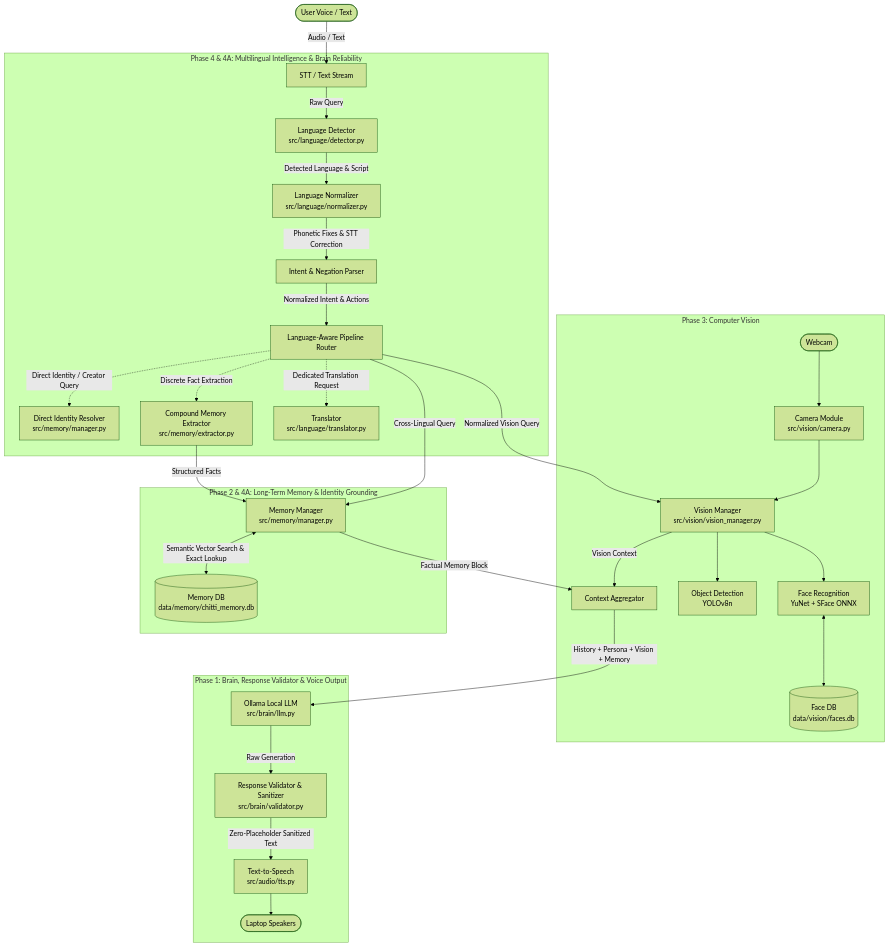
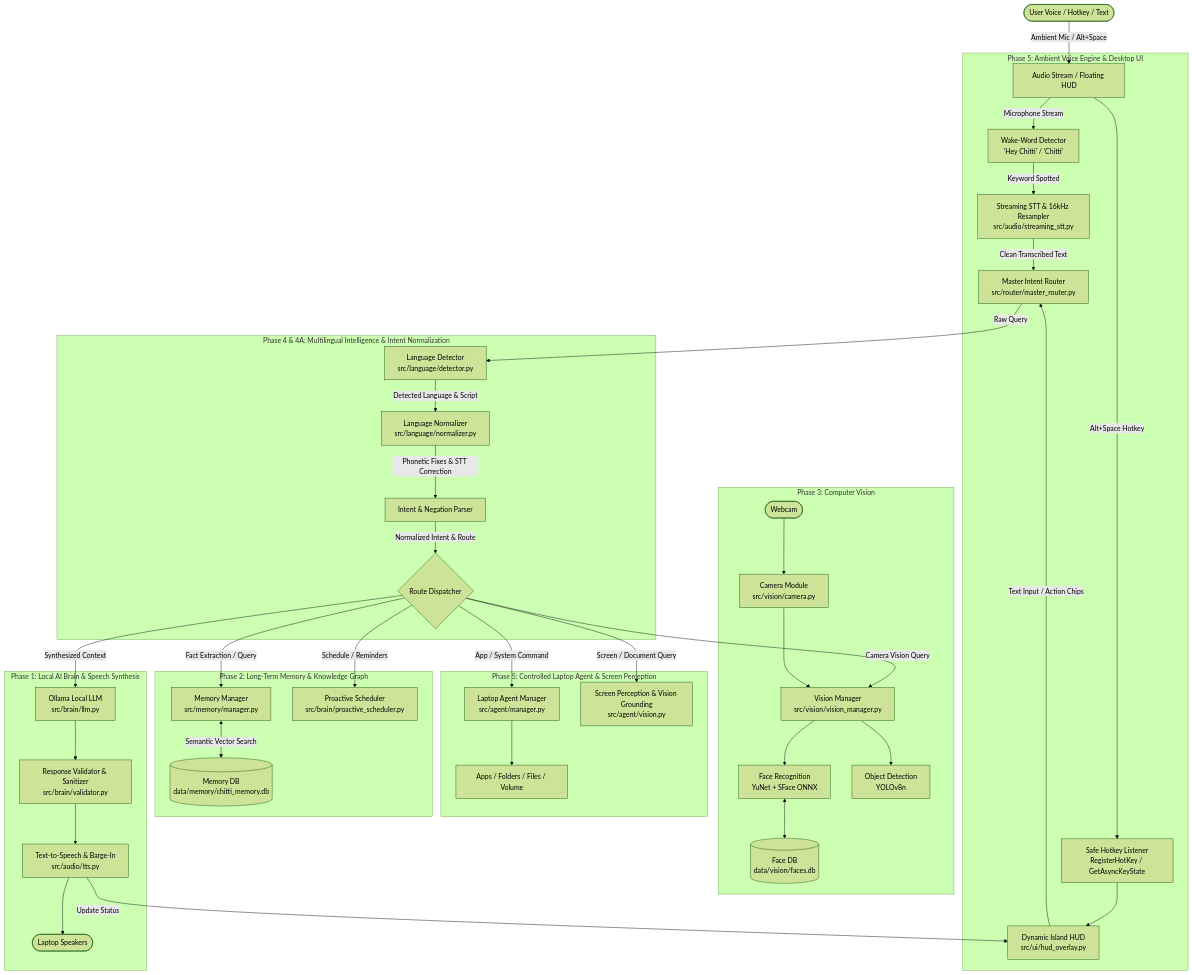
The diagram in README.md (bishtprateek270-hue/chitti-), drawn with Mermaid (forest theme) before and after one commit. The commit also changed other lines of this file, not shown here.

Commit message:
docs: update README with Phase 5 architecture, Dynamic Island HUD, ambient voice engine, and launcher guides

````diff
--- a/README.md
+++ b/README.md
@@ -21,37 +21,48 @@
 ```mermaid
 graph TD
-    User([User Voice / Text]) -->|Audio / Text| InputStage[STT / Text Stream]
+    User([User Voice / Hotkey / Text]) -->|Ambient Mic / Alt+Space| InputStage[Audio Stream / Floating HUD]
     
-    subgraph "Phase 4 & 4A: Multilingual Intelligence & Brain Reliability"
-        InputStage -->|Raw Query| LangDet[Language Detector\nsrc/language/detector.py]
+    subgraph "Phase 5: Ambient Voice Engine & Desktop UI"
+        InputStage -->|Microphone Stream| WakeDetector[Wake-Word Detector\n'Hey Chitti' / 'Chitti']
+        InputStage -->|Alt+Space Hotkey| HotkeyManager[Safe Hotkey Listener\nRegisterHotKey / GetAsyncKeyState]
+        HotkeyManager --> FloatingHUD[Dynamic Island HUD\nsrc/ui/hud_overlay.py]
+        WakeDetector -->|Keyword Spotted| StreamingSTT[Streaming STT & 16kHz Resampler\nsrc/audio/streaming_stt.py]
+        StreamingSTT -->|Clean Transcribed Text| MasterRouter[Master Intent Router\nsrc/router/master_router.py]
+        FloatingHUD -->|Text Input / Action Chips| MasterRouter
+    end
+
+    subgraph "Phase 4 & 4A: Multilingual Intelligence & Intent Normalization"
+        MasterRouter -->|Raw Query| LangDet[Language Detector\nsrc/language/detector.py]
         LangDet -->|Detected Language & Script| LangNorm[Language Normalizer\nsrc/language/normalizer.py]
         LangNorm -->|Phonetic Fixes & STT Correction| IntentCanonicalizer[Intent & Negation Parser]
-        IntentCanonicalizer -->|Normalized Intent & Actions| PipelineRouter[Language-Aware Pipeline Router]
-        PipelineRouter -.->|Direct Identity / Creator Query| DirectIdResolver[Direct Identity Resolver\nsrc/memory/manager.py]
-        PipelineRouter -.->|Discrete Fact Extraction| MultiFactExtractor[Compound Memory Extractor\nsrc/memory/extractor.py]
-        PipelineRouter -.->|Dedicated Translation Request| TransMod[Translator\nsrc/language/translator.py]
+        IntentCanonicalizer -->|Normalized Intent & Route| RouteDispatcher{Route Dispatcher}
+    end
+
+    subgraph "Phase 5: Controlled Laptop Agent & Screen Perception"
+        RouteDispatcher -->|App / System Command| LaptopAgent[Laptop Agent Manager\nsrc/agent/manager.py]
+        RouteDispatcher -->|Screen / Document Query| ScreenVision[Screen Perception & Vision Grounding\nsrc/agent/vision.py]
+        LaptopAgent --> SystemActions[Apps / Folders / Files / Volume]
     end
     
     subgraph "Phase 3: Computer Vision"
-        PipelineRouter -->|Normalized Vision Query| VisionMgr[Vision Manager\nsrc/vision/vision_manager.py]
+        RouteDispatcher -->|Camera Vision Query| VisionMgr[Vision Manager\nsrc/vision/vision_manager.py]
         Camera([Webcam]) --> CamMod[Camera Module\nsrc/vision/camera.py] --> VisionMgr
         VisionMgr --> FaceRec[Face Recognition\nYuNet + SFace ONNX]
         VisionMgr --> ObjDet[Object Detection\nYOLOv8n]
         FaceRec <--> FaceDB[(Face DB\ndata/vision/faces.db)]
-        VisionMgr -->|Vision Context| ContextAggregator
     end
     
-    subgraph "Phase 2 & 4A: Long-Term Memory & Identity Grounding"
-        MultiFactExtractor -->|Structured Facts| MemoryManager[Memory Manager\nsrc/memory/manager.py]
-        PipelineRouter -->|Cross-Lingual Query| MemoryManager
-        MemoryManager <-->|Semantic Vector Search & Exact Lookup| MemoryDB[(Memory DB\ndata/memory/chitti_memory.db)]
-        MemoryManager -->|Factual Memory Block| ContextAggregator
+    subgraph "Phase 2: Long-Term Memory & Knowledge Graph"
+        RouteDispatcher -->|Fact Extraction / Query| MemoryManager[Memory Manager\nsrc/memory/manager.py]
+        MemoryManager <-->|Semantic Vector Search| MemoryDB[(Memory DB\ndata/memory/chitti_memory.db)]
+        RouteDispatcher -->|Schedule / Reminders| ProactiveScheduler[Proactive Scheduler\nsrc/brain/proactive_scheduler.py]
     end
     
-    subgraph "Phase 1: Brain, Response Validator & Voice Output"
-        ContextAggregator[Context Aggregator] -->|History + Persona + Vision + Memory| Ollama[Ollama Local LLM\nsrc/brain/llm.py]
-        Ollama -->|Raw Generation| RespValidator[Response Validator & Sanitizer\nsrc/brain/validator.py]
-        RespValidator -->|Zero-Placeholder Sanitized Text| TTS[Text-to-Speech\nsrc/audio/tts.py]
+    subgraph "Phase 1: Local AI Brain & Speech Synthesis"
+        RouteDispatcher -->|Synthesized Context| Ollama[Ollama Local LLM\nsrc/brain/llm.py]
+        Ollama --> RespValidator[Response Validator & Sanitizer\nsrc/brain/validator.py]
+        RespValidator --> TTS[Text-to-Speech & Barge-In\nsrc/audio/tts.py]
         TTS --> Speaker([Laptop Speakers])
+        TTS -->|Update Status| FloatingHUD
     end
 ```
````
